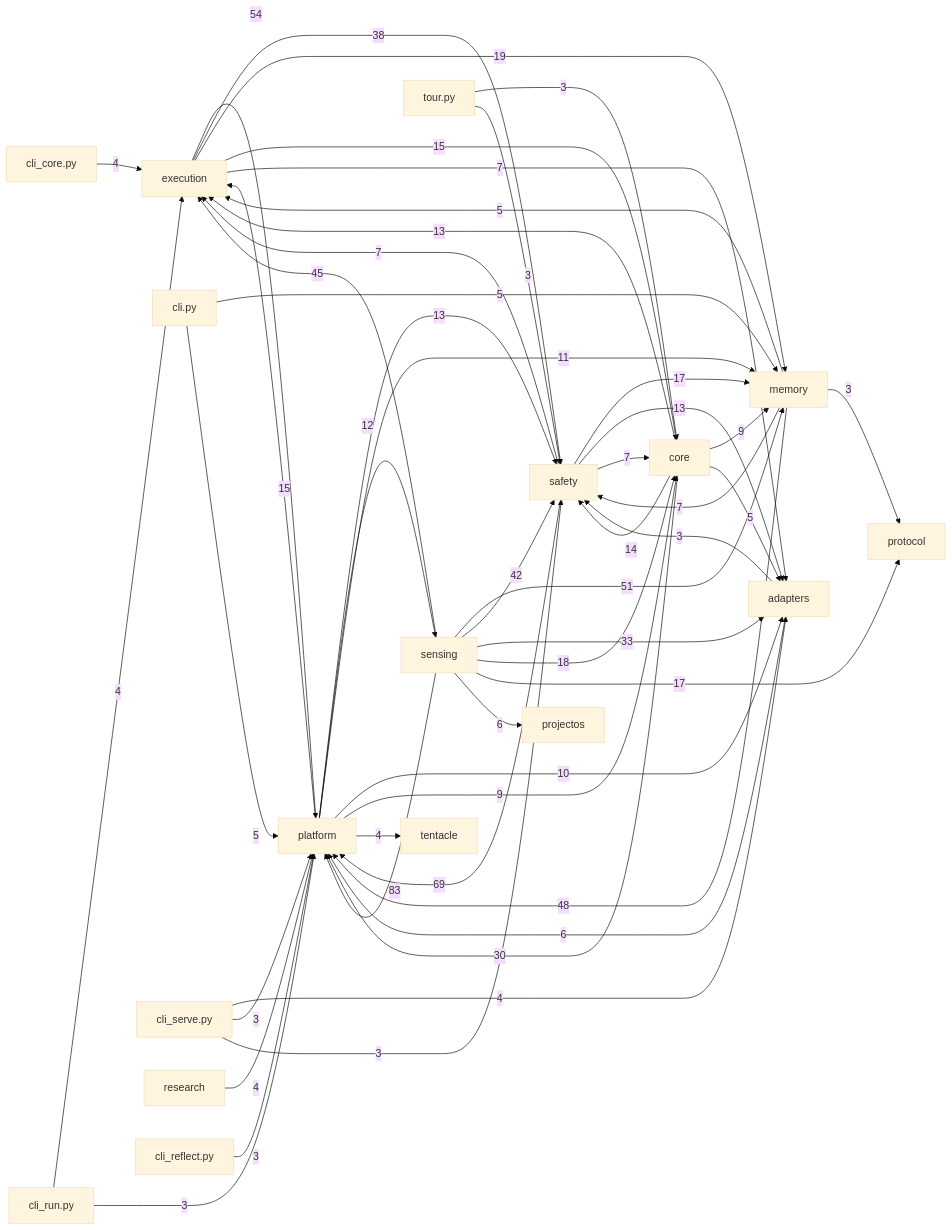
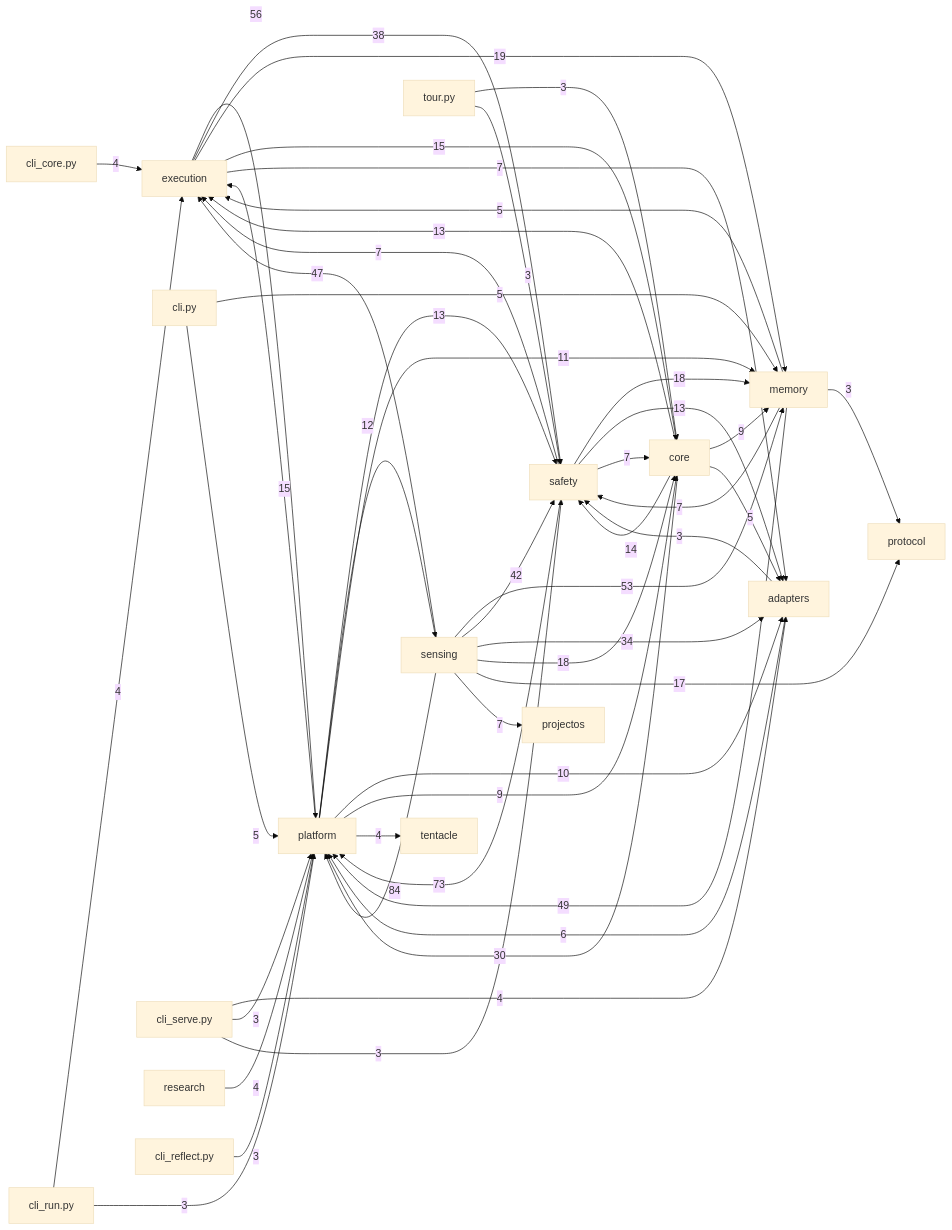
Before and after one commit to dengdenghua/octopus-agent: the diagram in docs/auto/20-backend/index.md, drawn with Mermaid (base theme). The commit also changed 75 other files, not shown here.

````diff
--- a/docs/auto/20-backend/index.md
+++ b/docs/auto/20-backend/index.md
@@ -26,58 +26,58 @@
 ```mermaid
 graph LR
   execution[execution]
   core[core]
   safety[safety]
   memory[memory]
   sensing[sensing]
   adapters[adapters]
   platform[platform]
-  sensing -- 83 --> platform
-  safety -- 69 --> platform
-  execution -- 54 --> platform
-  sensing -- 51 --> memory
-  memory -- 48 --> platform
-  sensing -- 45 --> execution
+  sensing -- 84 --> platform
+  safety -- 73 --> platform
+  execution -- 56 --> platform
+  sensing -- 53 --> memory
+  memory -- 49 --> platform
+  sensing -- 47 --> execution
   sensing -- 42 --> safety
   execution -- 38 --> safety
-  sensing -- 33 --> adapters
+  sensing -- 34 --> adapters
   core -- 30 --> platform
   execution -- 19 --> memory
+  safety -- 18 --> memory
   sensing -- 18 --> core
-  safety -- 17 --> memory
   sensing -- 17 --> protocol
   execution -- 15 --> core
   platform -- 15 --> execution
   core -- 14 --> safety
   core -- 13 --> execution
   platform -- 13 --> safety
   safety -- 13 --> adapters
   platform -- 12 --> sensing
   platform -- 11 --> memory
   platform -- 10 --> adapters
   core -- 9 --> memory
   platform -- 9 --> core
   execution -- 7 --> adapters
   memory -- 7 --> safety
   safety -- 7 --> core
   safety -- 7 --> execution
+  sensing -- 7 --> projectos
   adapters -- 6 --> platform
-  sensing -- 6 --> projectos
   cli.py -- 5 --> memory
   cli.py -- 5 --> platform
   core -- 5 --> adapters
   memory -- 5 --> execution
   cli_core.py -- 4 --> execution
   cli_run.py -- 4 --> execution
   cli_serve.py -- 4 --> adapters
   platform -- 4 --> tentacle
   research -- 4 --> platform
   adapters -- 3 --> safety
   cli_reflect.py -- 3 --> platform
   cli_run.py -- 3 --> platform
   cli_serve.py -- 3 --> platform
   cli_serve.py -- 3 --> safety
   memory -- 3 --> protocol
   tour.py -- 3 --> core
   tour.py -- 3 --> safety
 ```
````
